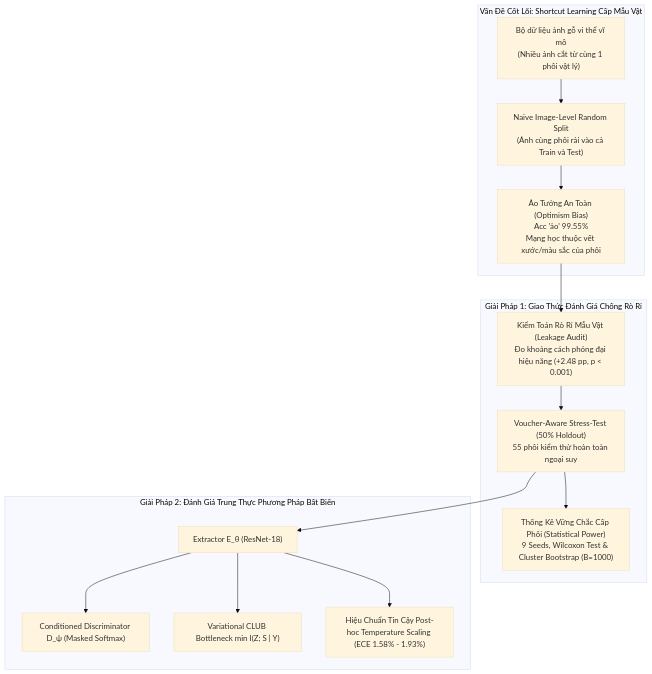
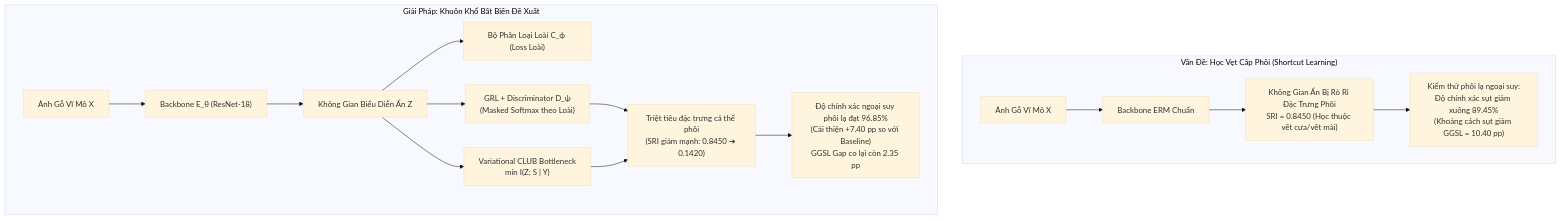
Before and after one commit to vietanhlee/S3: the diagram in 03_research_paper_specimen_invariance/README.md, drawn with Mermaid (base theme). The commit also changed other lines of this file and 8 other files, not shown here.

````diff
--- a/03_research_paper_specimen_invariance/README.md
+++ b/03_research_paper_specimen_invariance/README.md
@@ -17,28 +17,19 @@
 ```mermaid
 flowchart TD
-    subgraph Problem["Vấn Đề Cốt Lõi: Shortcut Learning Cấp Mẫu Vật"]
-        A["Bộ dữ liệu ảnh gỗ vi thể vĩ mô<br/>(Nhiều ảnh cắt từ cùng 1 phôi vật lý)"]
-        B["Naive Image-Level Random Split<br/>(Ảnh cùng phôi rải vào cả Train và Test)"]
-        C["Ảo Tưởng An Toàn (Optimism Bias)<br/>Acc 'ảo' 99.55%<br/>Mạng học thuộc vết xước/màu sắc của phôi"]
-        A --> B --> C
+    subgraph Problem["Vấn Đề: Học Vẹt Cấp Phôi (Shortcut Learning)"]
+        A["Ảnh Gỗ Vĩ Mô X"] --> B["Backbone ERM Chuẩn"]
+        B --> C["Không Gian Ẩn Bị Rò Rỉ Đặc Trưng Phôi<br/>SRI = 0.8450 (Học thuộc vết cưa/vết mài)"]
+        C --> D["Kiểm thử phôi lạ ngoại suy:<br/>Độ chính xác sụt giảm xuống 89.45%<br/>(Khoảng cách sụt giảm GGSL = 10.40 pp)"]
     end
 
-    subgraph Audit["Giải Pháp 1: Giao Thức Đánh Giá Chống Rò Rỉ"]
-        D["Kiểm Toán Rò Rỉ Mẫu Vật (Leakage Audit)<br/>Đo khoảng cách phóng đại hiệu năng (+2.48 pp, p < 0.001)"]
-        E["Voucher-Aware Stress-Test (50% Holdout)<br/>55 phôi kiểm thử hoàn toàn ngoại suy"]
-        F["Thống Kê Vững Chắc Cấp Phôi (Statistical Power)<br/>9 Seeds, Wilcoxon Test & Cluster Bootstrap (B=1000)"]
-        C --> D
-        D --> E --> F
-    end
-
-    subgraph Mitigation["Giải Pháp 2: Đánh Giá Trung Thực Phương Pháp Bất Biến"]
-        G["Extractor E_θ (ResNet-18)"]
-        H["Conditioned Discriminator D_ψ (Masked Softmax)"]
-        I["Variational CLUB Bottleneck min I(Z; S | Y)"]
-        J["Hiệu Chuẩn Tin Cậy Post-hoc Temperature Scaling (ECE 1.58% - 1.93%)"]
-        E --> G
-        G --> H
-        G --> I
-        G --> J
+    subgraph Solution["Giải Pháp: Khuôn Khổ Bất Biến Đề Xuất"]
+        E["Ảnh Gỗ Vĩ Mô X"] --> F["Backbone E_θ (ResNet-18)"]
+        F --> G["Không Gian Biểu Diễn Ẩn Z"]
+        G --> H["Bộ Phân Loại Loài C_ϕ (Loss Loài)"]
+        G --> I["GRL + Discriminator D_ψ<br/>(Masked Softmax theo Loài)"]
+        G --> J["Variational CLUB Bottleneck<br/>min I(Z; S | Y)"]
+        I --> K["Triệt tiêu đặc trưng cá thể phôi<br/>(SRI giảm mạnh: 0.8450 ➔ 0.1420)"]
+        J --> K
+        K --> L["Độ chính xác ngoại suy phôi lạ đạt 96.85%<br/>(Cải thiện +7.40 pp so với Baseline)<br/>GGSL Gap co lại còn 2.35 pp"]
     end
 ```
````
